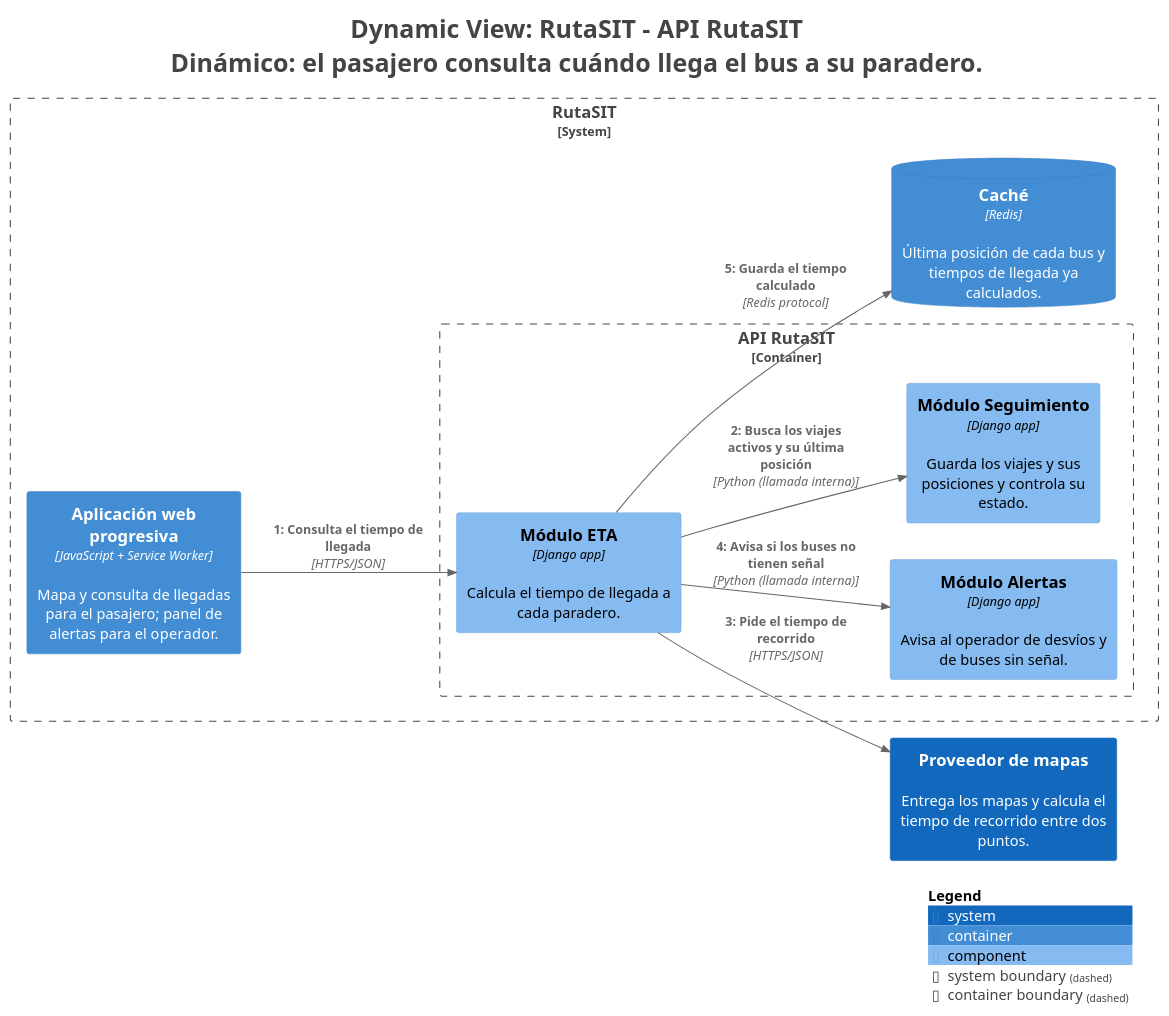
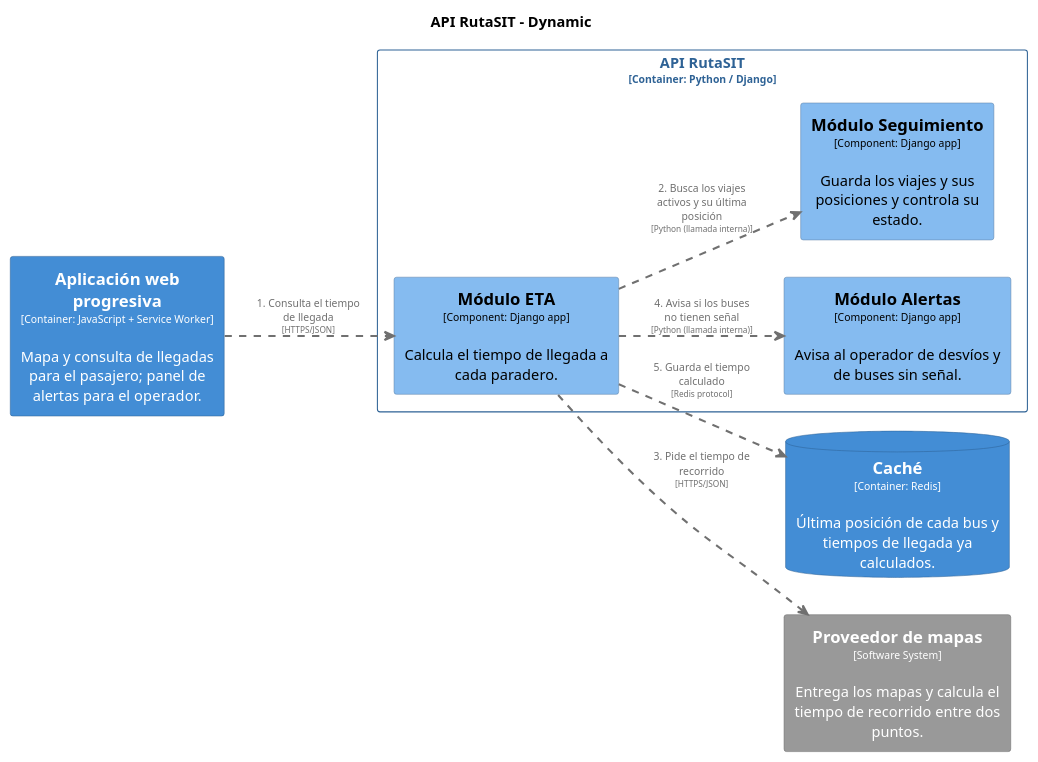
The diagram in docs/architecture/c4/export/structurizr-ConsultarLlegada.puml (R0otDrigo/cs-2026b-lab04-grupo06), drawn with PlantUML before and after one commit. The commit also changed 19 other files, not shown here.

Commit message:
CI: regenerar diagramas C4 y Mermaid [skip ci]

```diff
--- a/docs/architecture/c4/export/structurizr-ConsultarLlegada.puml
+++ b/docs/architecture/c4/export/structurizr-ConsultarLlegada.puml
@@ -1,44 +1,73 @@
 @startuml
-title <size:24>Dynamic View: RutaSIT - API RutaSIT</size>\n<size:24>Dinámico: el pasajero consulta cuándo llega el bus a su paradero.</size>
+set separator none
+title API RutaSIT - Dynamic
 
-set separator none
 left to right direction
 
-<style>
-  root {
-    BackgroundColor: #ffffff
-    FontColor: #444444
-  }
-</style>
-
-!include <C4/C4>
-!include <C4/C4_Context>
-!include <C4/C4_Container>
-!include <C4/C4_Component>
-
-System(Proveedordemapas, "Proveedor de mapas", $descr="Entrega los mapas y calcula el tiempo de recorrido entre dos puntos.", $tags="", $link="")
-
-System_Boundary("RutaSIT_boundary", "RutaSIT", $tags="") {
-  Container_Boundary("RutaSIT.APIRutaSIT_boundary", "API RutaSIT", $tags="") {
-    Component(RutaSIT.APIRutaSIT.MóduloETA, "Módulo ETA", $techn="Django app", $descr="Calcula el tiempo de llegada a cada paradero.", $tags="", $link="")
-    Component(RutaSIT.APIRutaSIT.MóduloAlertas, "Módulo Alertas", $techn="Django app", $descr="Avisa al operador de desvíos y de buses sin señal.", $tags="", $link="")
-    Component(RutaSIT.APIRutaSIT.MóduloSeguimiento, "Módulo Seguimiento", $techn="Django app", $descr="Guarda los viajes y sus posiciones y controla su estado.", $tags="", $link="")
-  }
-
-  ContainerDb(RutaSIT.Caché, "Caché", $techn="Redis", $descr="Última posición de cada bus y tiempos de llegada ya calculados.", $tags="", $link="")
-  Container(RutaSIT.Aplicaciónwebprogresiva, "Aplicación web progresiva", $techn="JavaScript + Service Worker", $descr="Mapa y consulta de llegadas para el pasajero; panel de alertas para el operador.", $tags="", $link="")
+skinparam {
+  arrowFontSize 10
+  defaultTextAlignment center
+  wrapWidth 200
+  maxMessageSize 100
 }
 
-System(Proveedordemapas, "Proveedor de mapas", $descr="Entrega los mapas y calcula el tiempo de recorrido entre dos puntos.", $tags="", $link="")
-Container(RutaSIT.Aplicaciónwebprogresiva, "Aplicación web progresiva", $techn="JavaScript + Service Worker", $descr="Mapa y consulta de llegadas para el pasajero; panel de alertas para el operador.", $tags="", $link="")
-ContainerDb(RutaSIT.Caché, "Caché", $techn="Redis", $descr="Última posición de cada bus y tiempos de llegada ya calculados.", $tags="", $link="")
+hide stereotype
 
-Rel(RutaSIT.Aplicaciónwebprogresiva, RutaSIT.APIRutaSIT.MóduloETA, "1: Consulta el tiempo de llegada", $techn="HTTPS/JSON", $tags="", $link="")
-Rel(RutaSIT.APIRutaSIT.MóduloETA, RutaSIT.APIRutaSIT.MóduloSeguimiento, "2: Busca los viajes activos y su última posición", $techn="Python (llamada interna)", $tags="", $link="")
-Rel(RutaSIT.APIRutaSIT.MóduloETA, Proveedordemapas, "3: Pide el tiempo de recorrido", $techn="HTTPS/JSON", $tags="", $link="")
-Rel(RutaSIT.APIRutaSIT.MóduloETA, RutaSIT.APIRutaSIT.MóduloAlertas, "4: Avisa si los buses no tienen señal", $techn="Python (llamada interna)", $tags="", $link="")
-Rel(RutaSIT.APIRutaSIT.MóduloETA, RutaSIT.Caché, "5: Guarda el tiempo calculado", $techn="Redis protocol", $tags="", $link="")
+skinparam rectangle<<RutaSIT.Aplicaciónwebprogresiva>> {
+  BackgroundColor #438dd5
+  FontColor #ffffff
+  BorderColor #2e6295
+  shadowing false
+}
+skinparam database<<RutaSIT.Caché>> {
+  BackgroundColor #438dd5
+  FontColor #ffffff
+  BorderColor #2e6295
+  shadowing false
+}
+skinparam rectangle<<RutaSIT.APIRutaSIT.MóduloAlertas>> {
+  BackgroundColor #85bbf0
+  FontColor #000000
+  BorderColor #5d82a8
+  shadowing false
+}
+skinparam rectangle<<RutaSIT.APIRutaSIT.MóduloETA>> {
+  BackgroundColor #85bbf0
+  FontColor #000000
+  BorderColor #5d82a8
+  shadowing false
+}
+skinparam rectangle<<RutaSIT.APIRutaSIT.MóduloSeguimiento>> {
+  BackgroundColor #85bbf0
+  FontColor #000000
+  BorderColor #5d82a8
+  shadowing false
+}
+skinparam rectangle<<Proveedordemapas>> {
+  BackgroundColor #999999
+  FontColor #ffffff
+  BorderColor #6b6b6b
+  shadowing false
+}
+skinparam rectangle<<RutaSIT.APIRutaSIT>> {
+  BorderColor #2e6295
+  FontColor #2e6295
+  shadowing false
+}
 
-SHOW_LEGEND(true)
-hide stereotypes
+rectangle "API RutaSIT\n<size:10>[Container: Python / Django]</size>" <<RutaSIT.APIRutaSIT>> {
+  rectangle "==Módulo ETA\n<size:10>[Component: Django app]</size>\n\nCalcula el tiempo de llegada a cada paradero." <<RutaSIT.APIRutaSIT.MóduloETA>> as RutaSIT.APIRutaSIT.MóduloETA
+  rectangle "==Módulo Alertas\n<size:10>[Component: Django app]</size>\n\nAvisa al operador de desvíos y de buses sin señal." <<RutaSIT.APIRutaSIT.MóduloAlertas>> as RutaSIT.APIRutaSIT.MóduloAlertas
+  rectangle "==Módulo Seguimiento\n<size:10>[Component: Django app]</size>\n\nGuarda los viajes y sus posiciones y controla su estado." <<RutaSIT.APIRutaSIT.MóduloSeguimiento>> as RutaSIT.APIRutaSIT.MóduloSeguimiento
+}
+
+database "==Caché\n<size:10>[Container: Redis]</size>\n\nÚltima posición de cada bus y tiempos de llegada ya calculados." <<RutaSIT.Caché>> as RutaSIT.Caché
+rectangle "==Proveedor de mapas\n<size:10>[Software System]</size>\n\nEntrega los mapas y calcula el tiempo de recorrido entre dos puntos." <<Proveedordemapas>> as Proveedordemapas
+rectangle "==Aplicación web progresiva\n<size:10>[Container: JavaScript + Service Worker]</size>\n\nMapa y consulta de llegadas para el pasajero; panel de alertas para el operador." <<RutaSIT.Aplicaciónwebprogresiva>> as RutaSIT.Aplicaciónwebprogresiva
+
+RutaSIT.Aplicaciónwebprogresiva .[#707070,thickness=2].> RutaSIT.APIRutaSIT.MóduloETA : "<color:#707070>1. Consulta el tiempo de llegada\n<color:#707070><size:8>[HTTPS/JSON]</size>"
+RutaSIT.APIRutaSIT.MóduloETA .[#707070,thickness=2].> RutaSIT.APIRutaSIT.MóduloSeguimiento : "<color:#707070>2. Busca los viajes activos y su última posición\n<color:#707070><size:8>[Python (llamada interna)]</size>"
+RutaSIT.APIRutaSIT.MóduloETA .[#707070,thickness=2].> Proveedordemapas : "<color:#707070>3. Pide el tiempo de recorrido\n<color:#707070><size:8>[HTTPS/JSON]</size>"
+RutaSIT.APIRutaSIT.MóduloETA .[#707070,thickness=2].> RutaSIT.APIRutaSIT.MóduloAlertas : "<color:#707070>4. Avisa si los buses no tienen señal\n<color:#707070><size:8>[Python (llamada interna)]</size>"
+RutaSIT.APIRutaSIT.MóduloETA .[#707070,thickness=2].> RutaSIT.Caché : "<color:#707070>5. Guarda el tiempo calculado\n<color:#707070><size:8>[Redis protocol]</size>"
 @enduml
```
